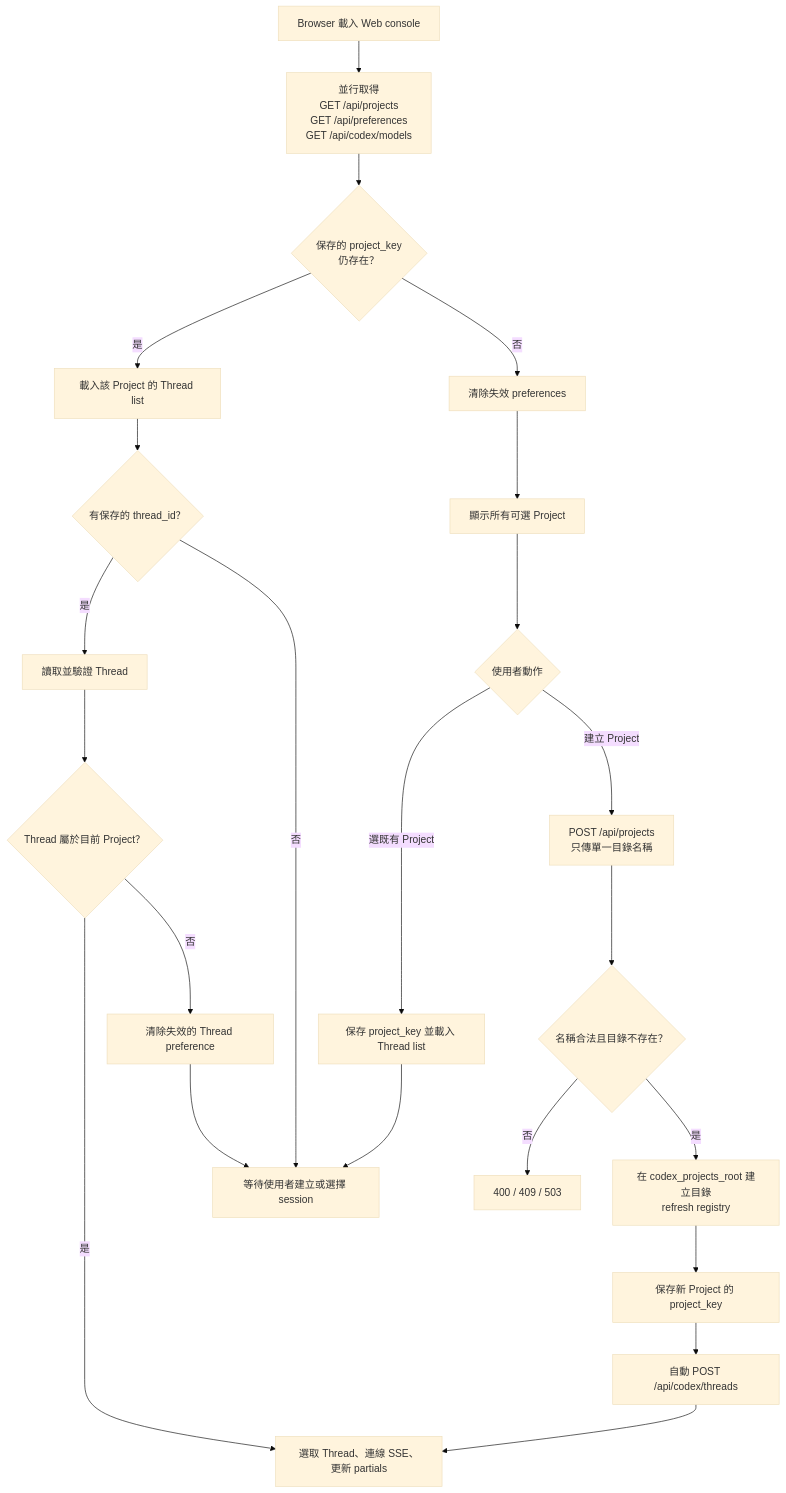
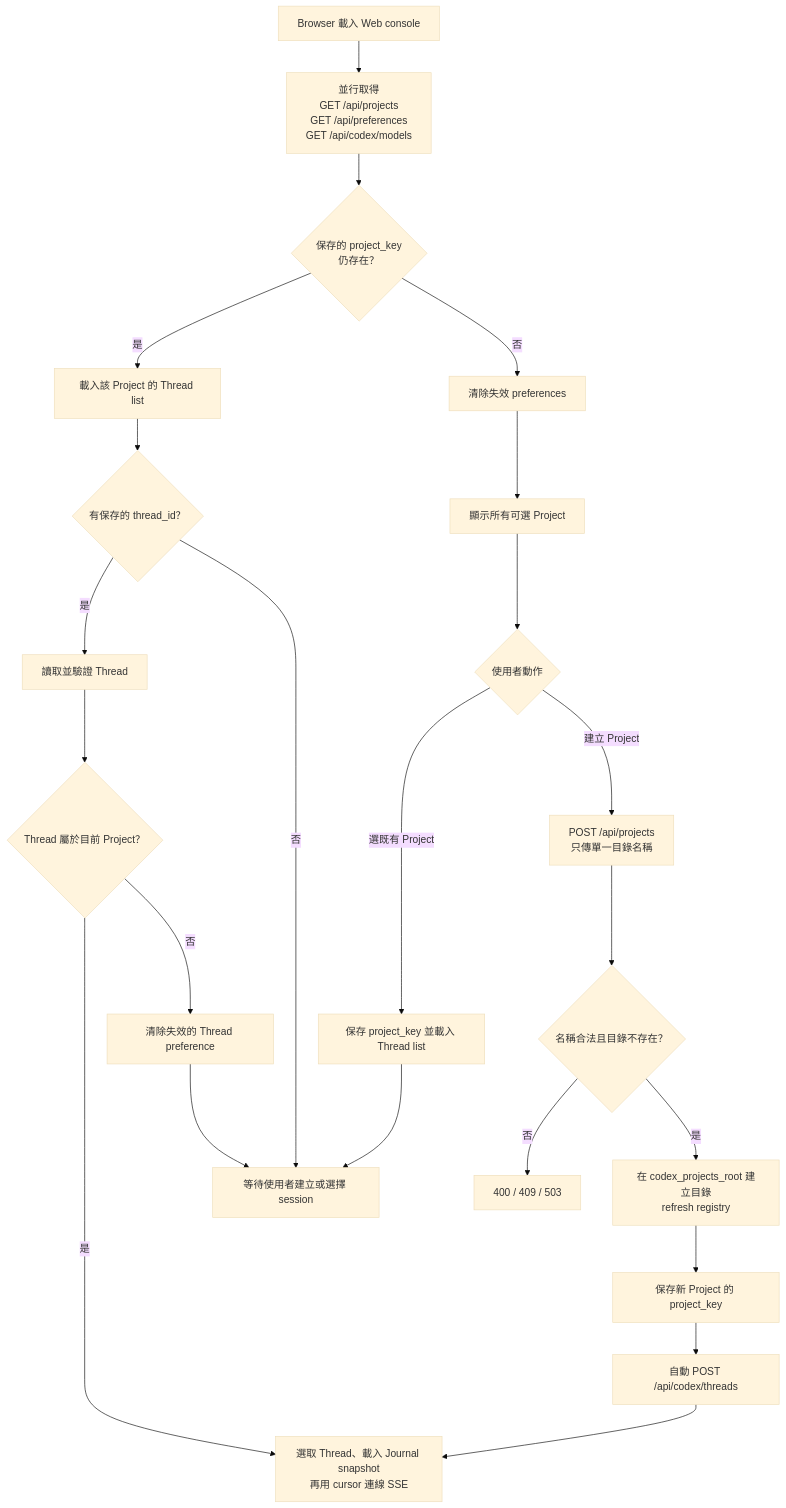
Before and after one commit to sevenjay/agent_app_server: the first of 5 diagrams in docs/flows.md, drawn with Mermaid (base theme). The commit also changed other lines of this file and 23 other files, not shown here.

Commit message:
feat: add durable stream journal timeline

````diff
--- a/docs/flows.md
+++ b/docs/flows.md
@@ -9,26 +9,26 @@
 ```mermaid
 flowchart TD
     load["Browser 載入 Web console"] --> parallel["並行取得<br/>GET /api/projects<br/>GET /api/preferences<br/>GET /api/codex/models"]
     parallel --> valid{"保存的 project_key<br/>仍存在？"}
     valid -->|是| threads["載入該 Project 的 Thread list"]
     threads --> saved{"有保存的 thread_id？"}
     saved -->|是| authorize["讀取並驗證 Thread"]
     authorize --> restored{"Thread 屬於目前 Project？"}
-    restored -->|是| select["選取 Thread、連線 SSE、更新 partials"]
+    restored -->|是| select["選取 Thread、載入 Journal snapshot<br/>再用 cursor 連線 SSE"]
     restored -->|否| clear["清除失效的 Thread preference"]
     saved -->|否| choose["等待使用者建立或選擇 session"]
     valid -->|否| reset["清除失效 preferences"]
     reset --> choose_project["顯示所有可選 Project"]
     clear --> choose
 
     choose_project --> action{"使用者動作"}
     action -->|選既有 Project| save_existing["保存 project_key 並載入 Thread list"]
     save_existing --> choose
     action -->|建立 Project| create["POST /api/projects<br/>只傳單一目錄名稱"]
     create --> validate{"名稱合法且目錄不存在？"}
     validate -->|否| project_error["400 / 409 / 503"]
     validate -->|是| mkdir["在 codex_projects_root 建立目錄<br/>refresh registry"]
     mkdir --> save_project["保存新 Project 的 project_key"]
     save_project --> new_thread["自動 POST /api/codex/threads"]
     new_thread --> select
 ```
````
